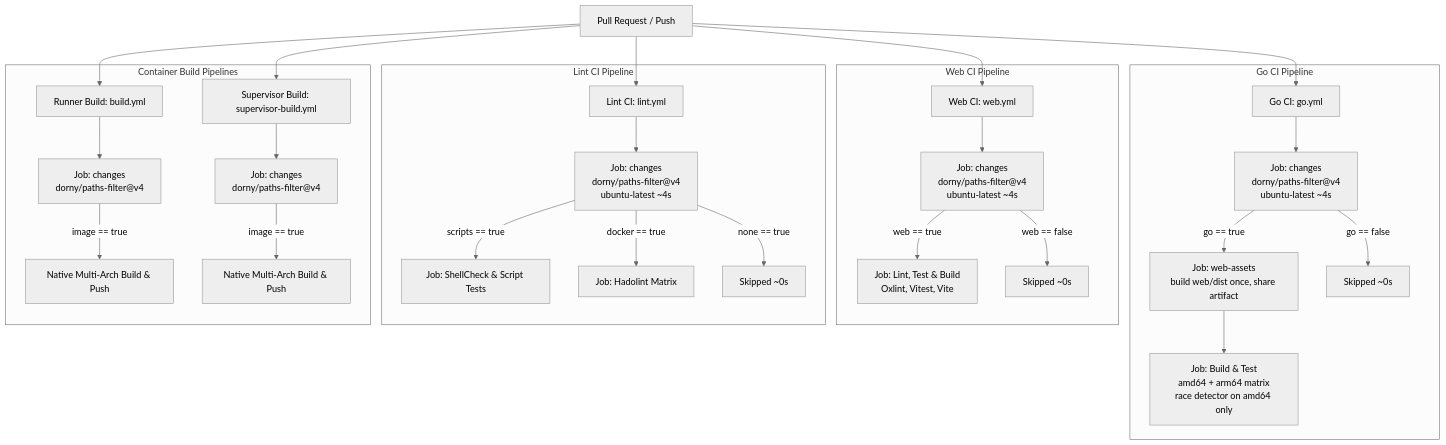
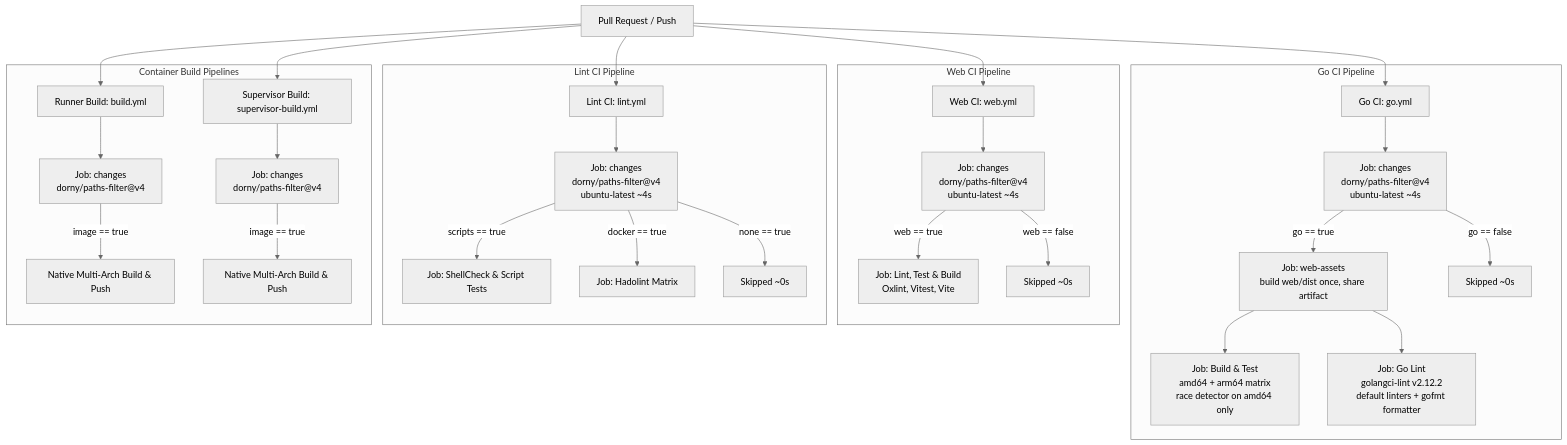
Before and after one commit to noosxe/runnero: the diagram in docs/11-ci-cd-pipelines.md, drawn with Mermaid (neutral theme). The commit also changed other lines of this file and 1 other file, not shown here.

First line of the commit message:
ci: run golangci-lint in Go CI (RUN-142)

````diff
--- a/docs/11-ci-cd-pipelines.md
+++ b/docs/11-ci-cd-pipelines.md
@@ -38,35 +38,36 @@
 ```mermaid
 graph TD
     PR[Pull Request / Push] --> WF1[Go CI: go.yml]
     PR --> WF2[Web CI: web.yml]
     PR --> WF3[Lint CI: lint.yml]
     PR --> WF4[Runner Build: build.yml]
     PR --> WF5[Supervisor Build: supervisor-build.yml]
 
     subgraph "Go CI Pipeline"
         WF1 --> G1[Job: changes<br/>dorny/paths-filter@v4<br/>ubuntu-latest ~4s]
         G1 -->|go == true| G4[Job: web-assets<br/>build web/dist once, share artifact]
         G4 --> G2[Job: Build & Test<br/>amd64 + arm64 matrix<br/>race detector on amd64 only]
+        G4 --> G5[Job: Go Lint<br/>golangci-lint v2.12.2<br/>default linters + gofmt formatter]
         G1 -->|go == false| G3[Skipped ~0s]
     end
 
     subgraph "Web CI Pipeline"
         WF2 --> W1[Job: changes<br/>dorny/paths-filter@v4<br/>ubuntu-latest ~4s]
         W1 -->|web == true| W2[Job: Lint, Test & Build<br/>Oxlint, Vitest, Vite]
         W1 -->|web == false| W3[Skipped ~0s]
     end
 
     subgraph "Lint CI Pipeline"
         WF3 --> L1[Job: changes<br/>dorny/paths-filter@v4<br/>ubuntu-latest ~4s]
         L1 -->|scripts == true| L2[Job: ShellCheck & Script Tests]
         L1 -->|docker == true| L3[Job: Hadolint Matrix]
         L1 -->|none == true| L4[Skipped ~0s]
     end
 
     subgraph "Container Build Pipelines"
         WF4 --> B1[Job: changes<br/>dorny/paths-filter@v4]
         B1 -->|image == true| B2[Native Multi-Arch Build & Push]
         WF5 --> S1[Job: changes<br/>dorny/paths-filter@v4]
         S1 -->|image == true| S2[Native Multi-Arch Build & Push]
     end
 ```
````
